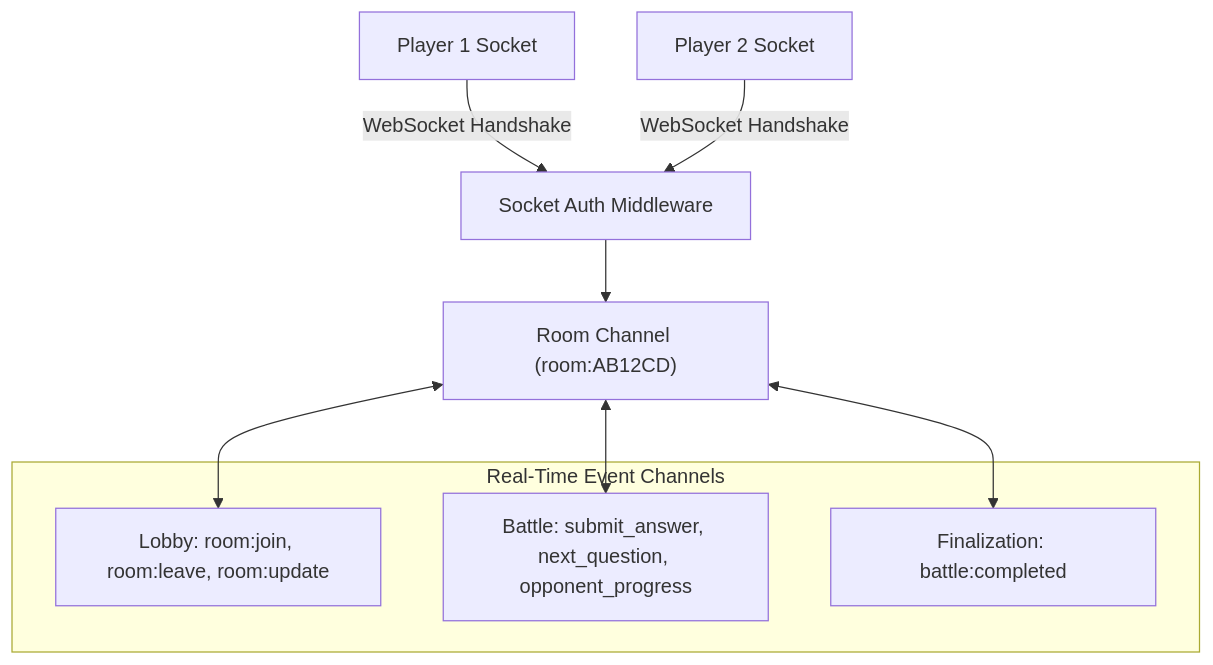
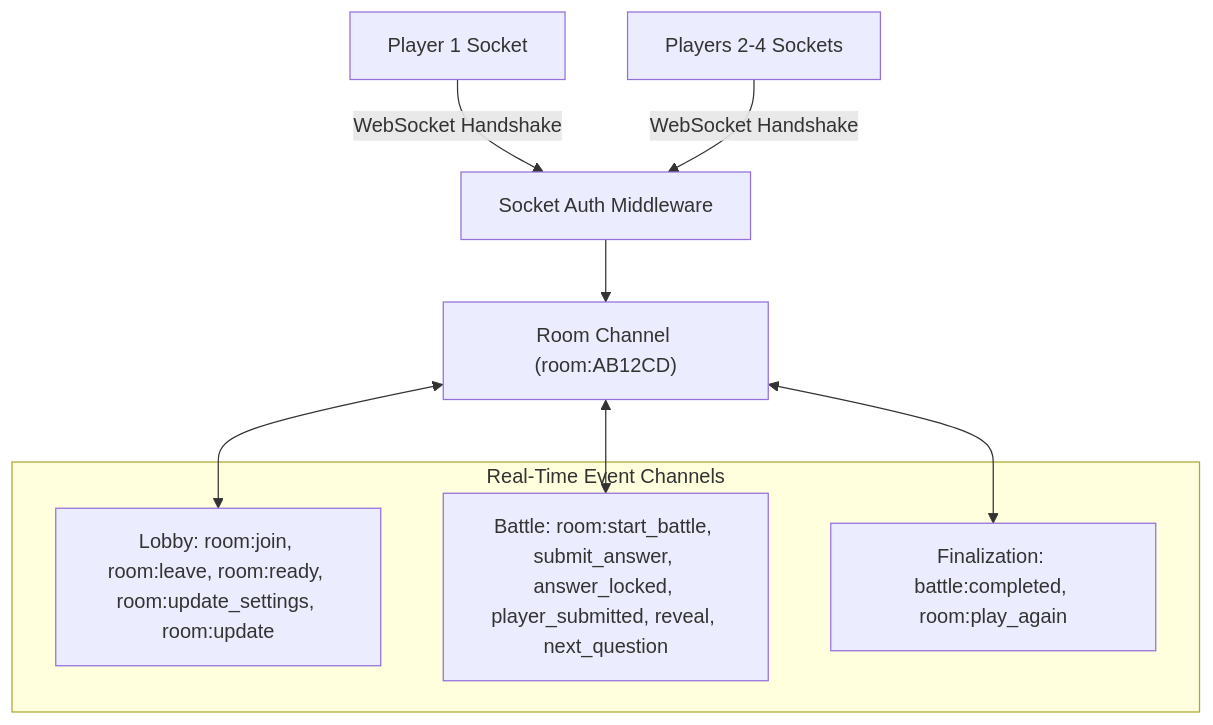
One commit to harshverma-25/CodeArena changed the first of 2 diagrams in docs/07-realtime-socket-architecture.md. Above: the diagram before and after it, drawn with Mermaid. The commit also changed other lines of this file and 17 other files, not shown here.

Commit message:
docs: synchronize project documentation with current architecture

````diff
--- a/docs/07-realtime-socket-architecture.md
+++ b/docs/07-realtime-socket-architecture.md
@@ -7,16 +7,16 @@
 ```mermaid
 graph TD
     Client1["Player 1 Socket"] -- WebSocket Handshake --> AuthMW["Socket Auth Middleware"]
-    Client2["Player 2 Socket"] -- WebSocket Handshake --> AuthMW
+    ClientN["Players 2-4 Sockets"] -- WebSocket Handshake --> AuthMW
     AuthMW --> RoomMgr["Room Channel (room:AB12CD)"]
 
     subgraph Events ["Real-Time Event Channels"]
-        LobbyEvents["Lobby: room:join, room:leave, room:update"]
-        BattleEvents["Battle: submit_answer, next_question, opponent_progress"]
-        CompletionEvents["Finalization: battle:completed"]
+        LobbyEvents["Lobby: room:join, room:leave, room:ready, room:update_settings, room:update"]
+        BattleEvents["Battle: room:start_battle, submit_answer, answer_locked, player_submitted, reveal, next_question"]
+        CompletionEvents["Finalization: battle:completed, room:play_again"]
     end
 
     RoomMgr <--> LobbyEvents
     RoomMgr <--> BattleEvents
     RoomMgr <--> CompletionEvents
 ```
````
